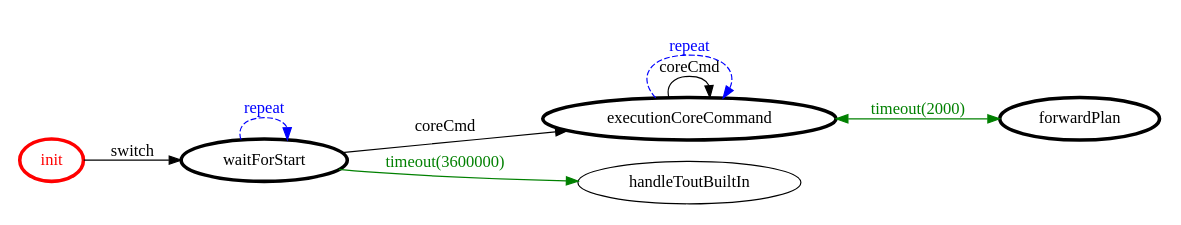
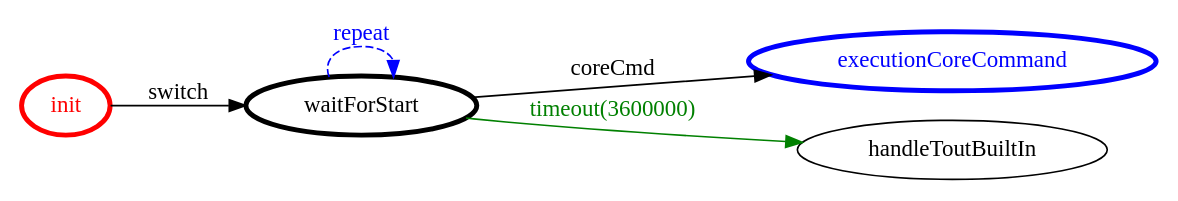
The diagram in it.unibo.projectRobot/srcMore/it/unibo/movecorelogic/movecorelogic.gv (FraGio/iss2018), drawn with Graphviz before and after one commit. The commit also changed 39 other files, not shown here.

```diff
--- a/it.unibo.projectRobot/srcMore/it/unibo/movecorelogic/movecorelogic.gv
+++ b/it.unibo.projectRobot/srcMore/it/unibo/movecorelogic/movecorelogic.gv
@@ -1,24 +1,20 @@
 /*
 *
 * A GraphViz DOT FSM description 
 * Please use a GraphViz visualizer (like http://www.webgraphviz.com)
 *  
 */
 
 digraph finite_state_machine {
 	rankdir=LR
 	size="8,5"
 	
 	init [ color = red ][ fontcolor = red ][ penwidth = 3 ]
-	forwardPlan [ color = black ][ fontcolor = black ][ penwidth = 3 ]
 	waitForStart [ color = black ][ fontcolor = black ][ penwidth = 3 ]
-	executionCoreCommand [ color = black ][ fontcolor = black ][ penwidth = 3 ]
+	executionCoreCommand [ color = blue ][ fontcolor = blue ][ penwidth = 3 ]
 	
-	executionCoreCommand -> executionCoreCommand [ label = "coreCmd" ][ color = black ][ fontcolor = black ]
 	waitForStart -> handleToutBuiltIn [ label = "timeout(3600000)" ][ color = green ][ fontcolor = green ]
-	executionCoreCommand -> forwardPlan [ label = "timeout(2000)" ][ color = green ][ fontcolor = green ][ dir = both ]
-	executionCoreCommand -> executionCoreCommand [ label = "repeat "][ style = dashed ][ color = blue ][ fontcolor = blue ]
 	waitForStart -> executionCoreCommand [ label = "coreCmd" ][ color = black ][ fontcolor = black ]
 	waitForStart -> waitForStart [ label = "repeat "][ style = dashed ][ color = blue ][ fontcolor = blue ]
 	init -> waitForStart [ label = "switch" ][ color = black ][ fontcolor = black ]
 }
```
